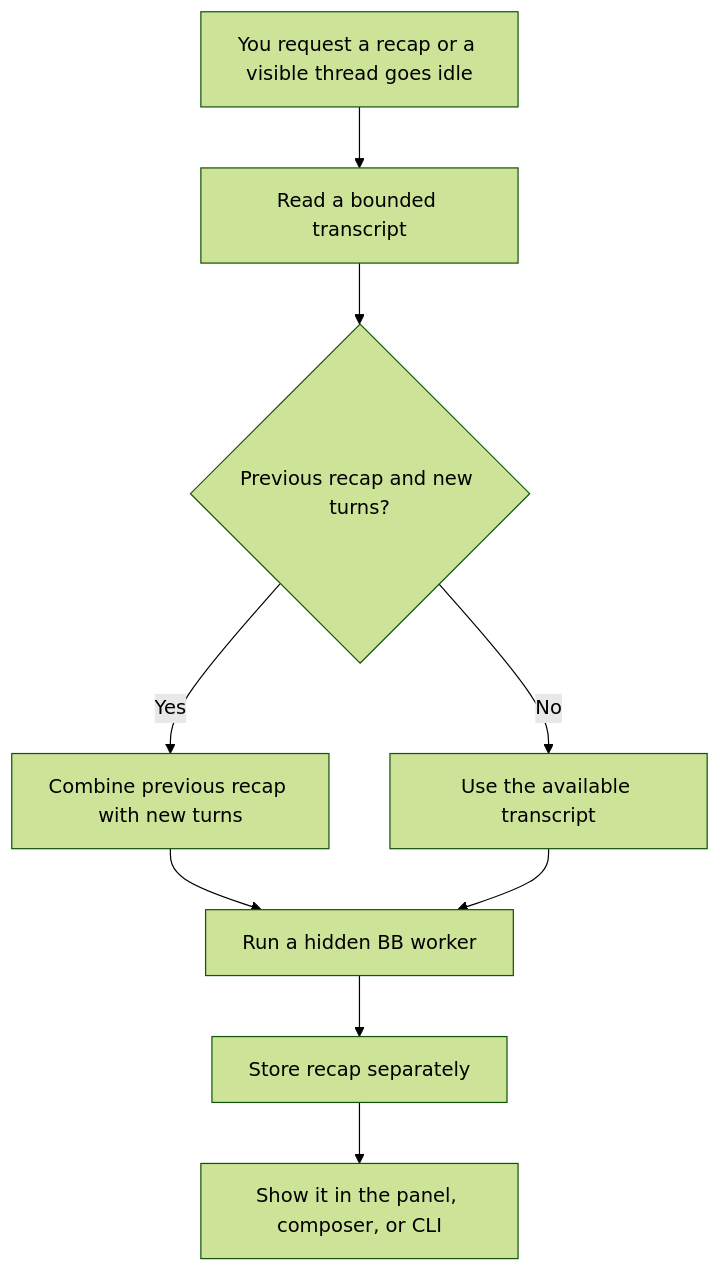
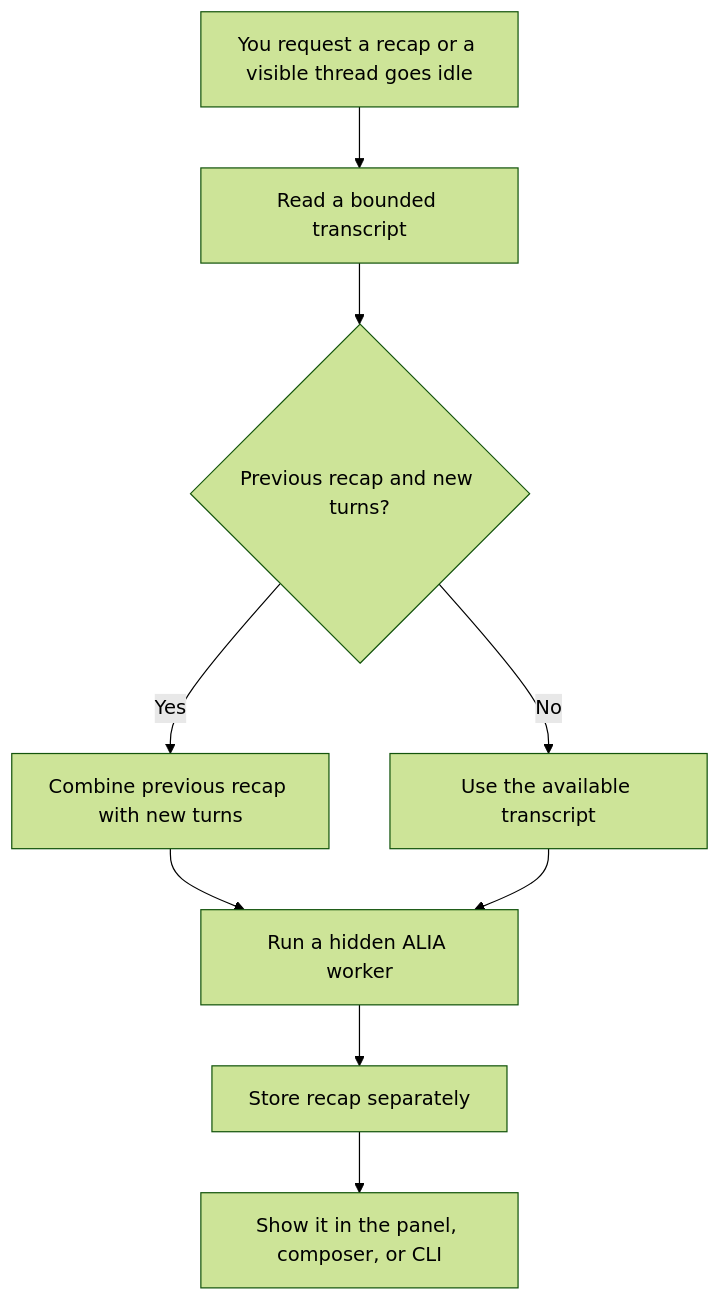
One commit to Vesnalia/vesnalia-plugins changed the diagram in plugins/bb-recap/README.md. Above: the diagram before and after it, drawn with Mermaid (forest theme). The commit also changed other lines of this file and 13306 other files, not shown here.

````diff
--- a/plugins/bb-recap/README.md
+++ b/plugins/bb-recap/README.md
@@ -125,11 +125,11 @@
 ```mermaid
 flowchart TD
     A["You request a recap or a visible thread goes idle"] --> B["Read a bounded transcript"]
     B --> C{"Previous recap and new turns?"}
     C -->|Yes| D["Combine previous recap with new turns"]
     C -->|No| E["Use the available transcript"]
-    D --> F["Run a hidden BB worker"]
+    D --> F["Run a hidden ALIA worker"]
     E --> F
     F --> G["Store recap separately"]
     G --> H["Show it in the panel, composer, or CLI"]
 ```
````
